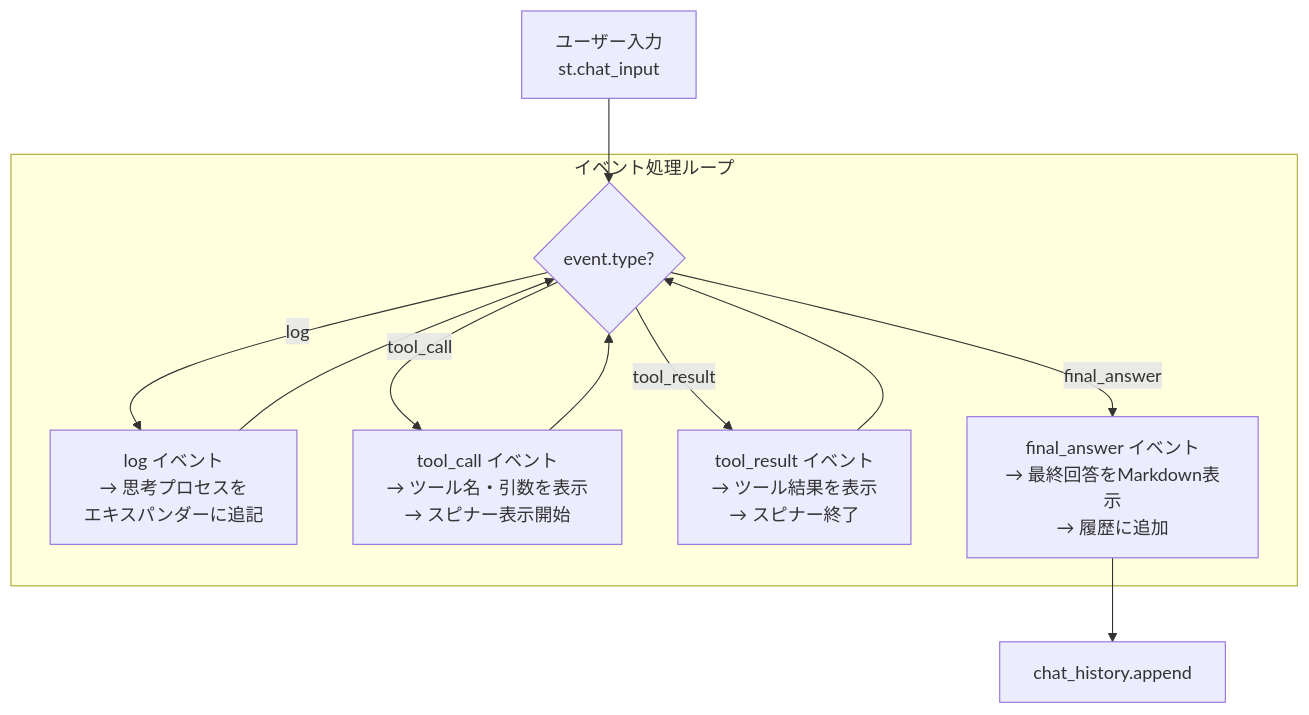
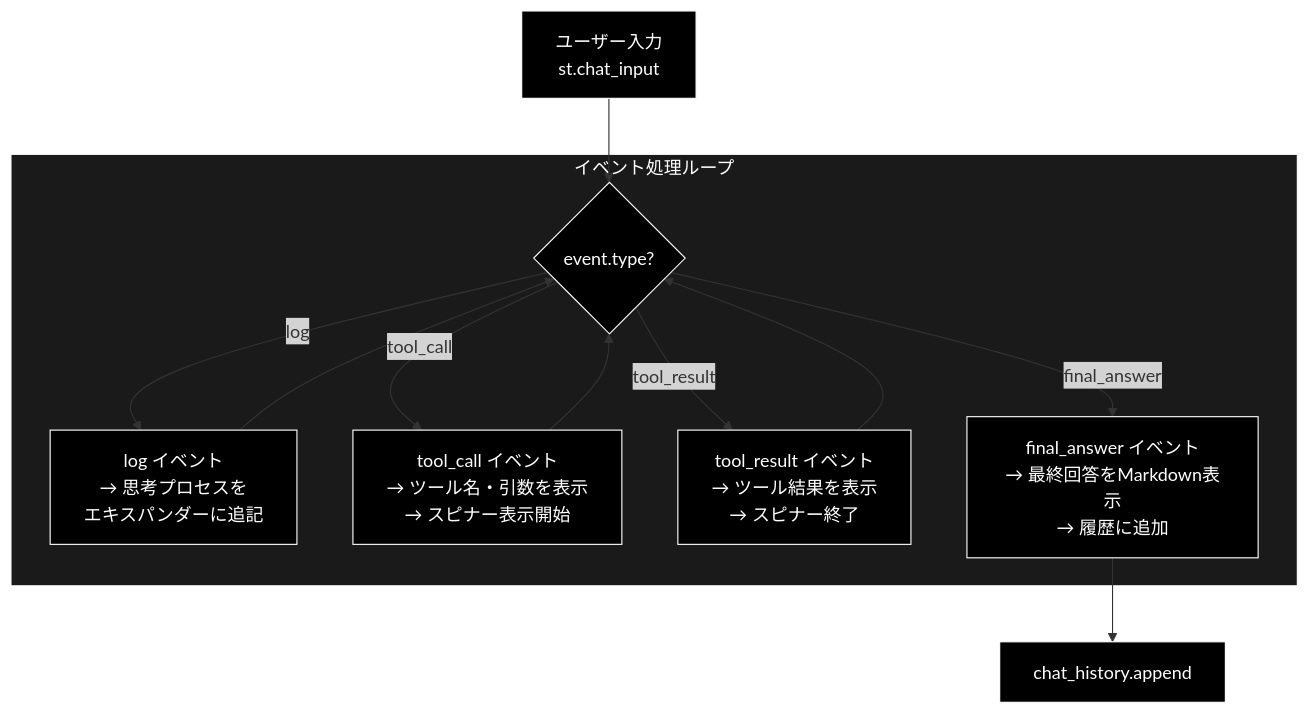
The seventh of 7 diagrams in ui/doc/agent_chat_page.md (nakashima2toshio/ollama_grace_agent_v2), drawn with Mermaid before and after one commit. The commit also changed other lines of this file and 10 other files, not shown here.

````diff
--- a/ui/doc/agent_chat_page.md
+++ b/ui/doc/agent_chat_page.md
@@ -779,24 +820,28 @@
 ```mermaid
 flowchart TB
     INPUT["ユーザー入力<br/>st.chat_input"]
 
     subgraph EVENTS["イベント処理ループ"]
         E1{"event.type?"}
 
         LOG["log イベント<br/>→ 思考プロセスを<br/>エキスパンダーに追記"]
 
         TOOL_CALL["tool_call イベント<br/>→ ツール名・引数を表示<br/>→ スピナー表示開始"]
 
         TOOL_RESULT["tool_result イベント<br/>→ ツール結果を表示<br/>→ スピナー終了"]
 
         FINAL["final_answer イベント<br/>→ 最終回答をMarkdown表示<br/>→ 履歴に追加"]
     end
 
     HISTORY["chat_history.append"]
 
     INPUT --> E1
     E1 -->|log| LOG --> E1
     E1 -->|tool_call| TOOL_CALL --> E1
     E1 -->|tool_result| TOOL_RESULT --> E1
     E1 -->|final_answer| FINAL --> HISTORY
+classDef default fill:#000,stroke:#fff,color:#fff
+classDef subgraphStyle fill:#1a1a1a,stroke:#fff,color:#fff
+class INPUT,E1,LOG,TOOL_CALL,TOOL_RESULT,FINAL,HISTORY default
+style EVENTS fill:#1a1a1a,stroke:#fff,color:#fff
 ```
````
